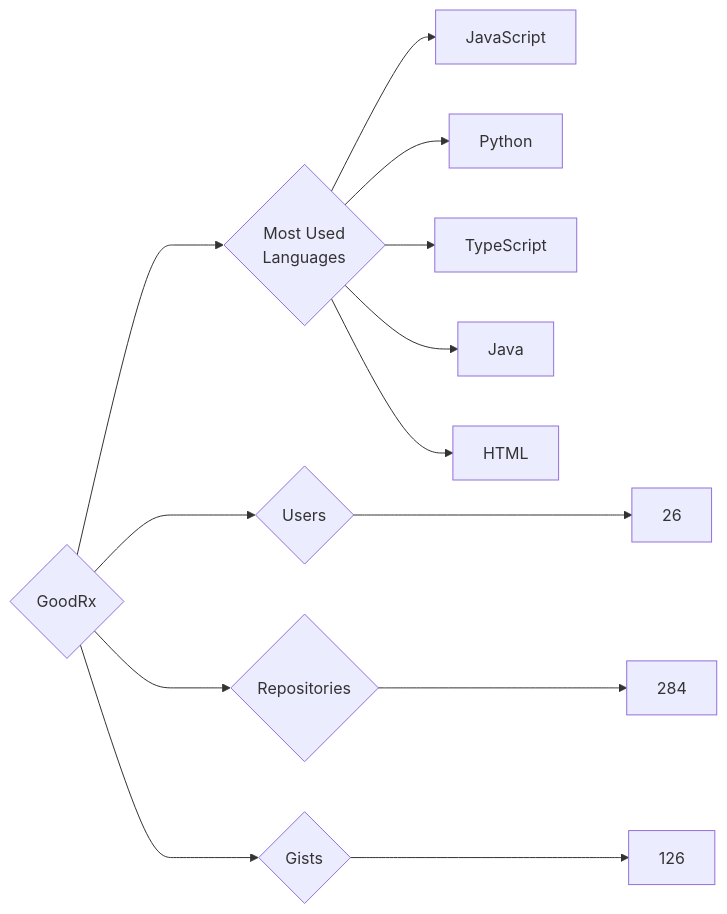
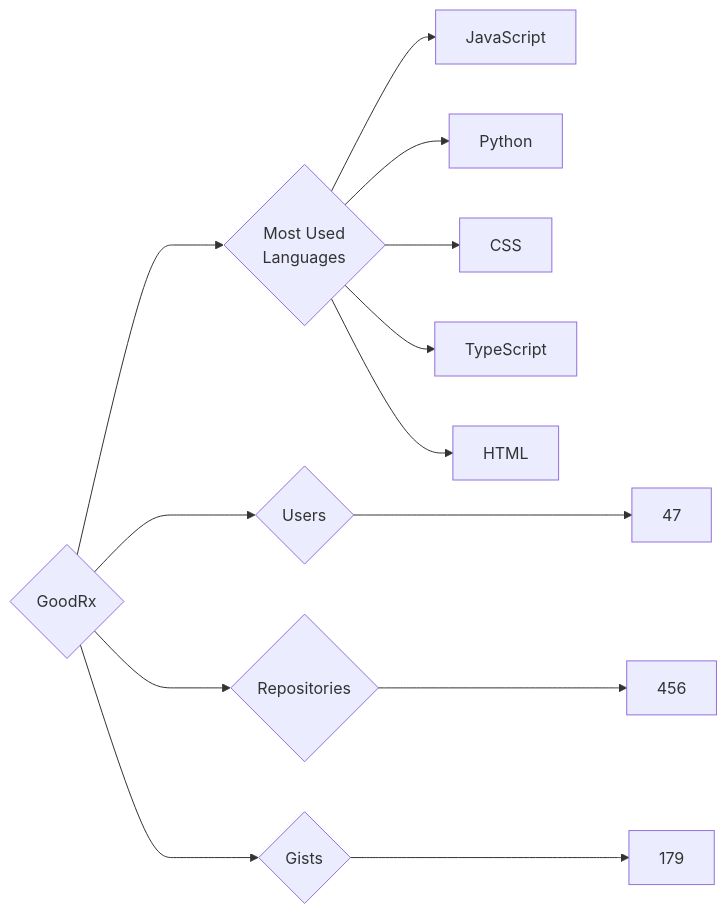
The diagram in targets/GoodRx/README.md (trickest/insiders), drawn with Mermaid before and after one commit. The commit also changed 924 other files, not shown here.

````diff
--- a/targets/GoodRx/README.md
+++ b/targets/GoodRx/README.md
@@ -3,13 +3,13 @@
 ```mermaid
 graph LR
 COMPANY_NAME{GoodRx}
-COMPANY_NAME ---> U{Users} ---> UN[26]
-COMPANY_NAME ---> R{Repositories} ---> RN[284]
-COMPANY_NAME ---> G{Gists} ---> GN[126]
+COMPANY_NAME ---> U{Users} ---> UN[47]
+COMPANY_NAME ---> R{Repositories} ---> RN[456]
+COMPANY_NAME ---> G{Gists} ---> GN[179]
 COMPANY_NAME ---> ML{Most Used<br>Languages}
 ML --> JavaScript[JavaScript]
 ML --> Python[Python]
+ML --> CSS[CSS]
 ML --> TypeScript[TypeScript]
-ML --> Java[Java]
 ML --> HTML[HTML]
 ```
````
